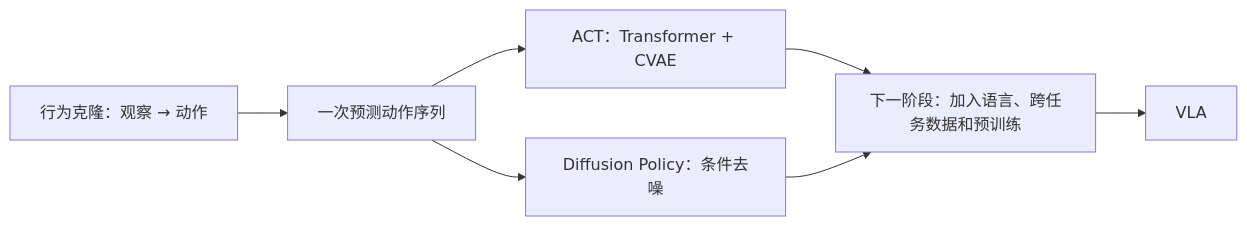
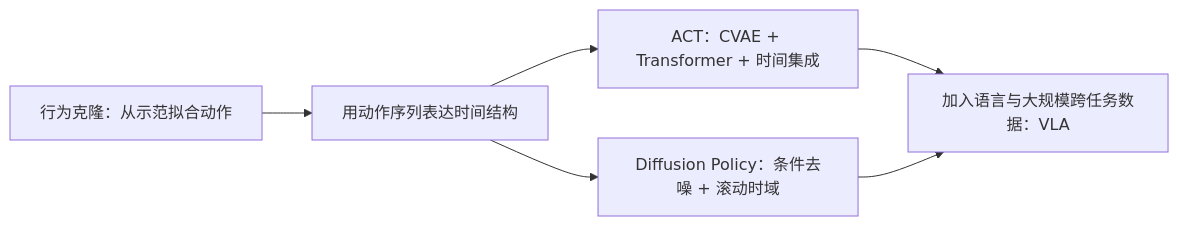
One commit to YangLee019/VLA-Learning changed the diagram in 00-foundations/notes/03-对照与自测.md. Above: the diagram before and after it, drawn with Mermaid. The commit also changed other lines of this file and 5 other files, not shown here.

````diff
--- a/00-foundations/notes/03-对照与自测.md
+++ b/00-foundations/notes/03-对照与自测.md
@@ -5,9 +9,8 @@
 ```mermaid
 flowchart LR
-    BC[行为克隆：观察 → 动作] --> CHUNK[一次预测动作序列]
-    CHUNK --> ACT[ACT：Transformer + CVAE]
-    CHUNK --> DP[Diffusion Policy：条件去噪]
-    ACT --> NEXT[下一阶段：加入语言、跨任务数据和预训练]
-    DP --> NEXT
-    NEXT --> VLA[VLA]
+    BC[行为克隆：从示范拟合动作] --> C[用动作序列表达时间结构]
+    C --> ACT[ACT：CVAE + Transformer + 时间集成]
+    C --> DP[Diffusion Policy：条件去噪 + 滚动时域]
+    ACT --> VLA[加入语言与大规模跨任务数据：VLA]
+    DP --> VLA
 ```
````
